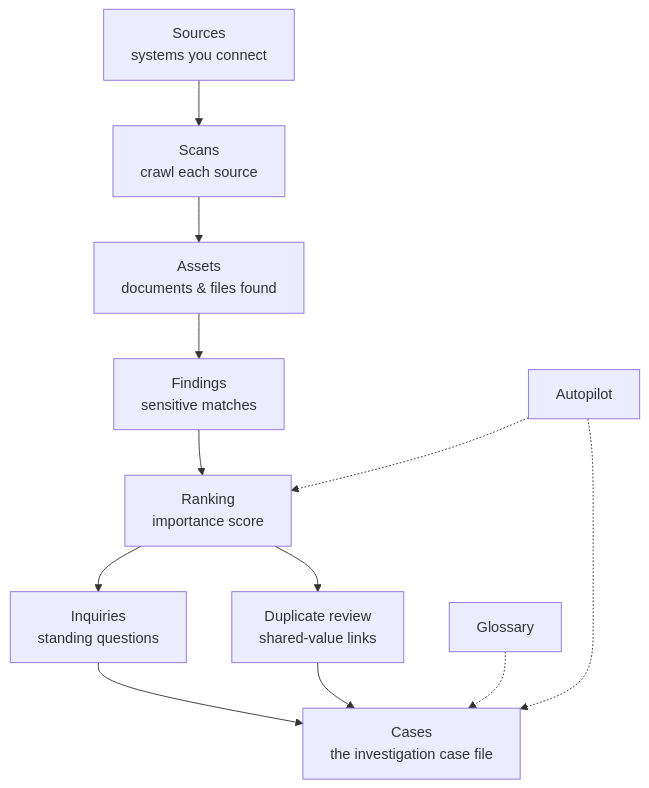
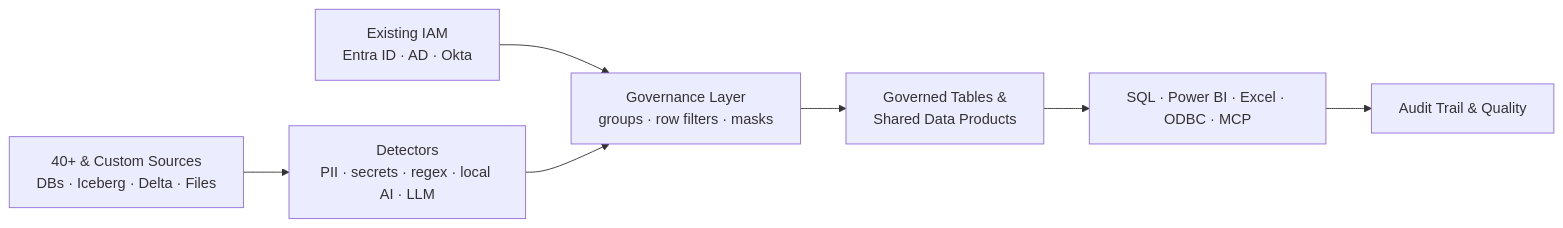
Before and after one commit to classifyre/classifyre: the diagram in apps/docs/app/how-it-works/page.mdx, drawn with Mermaid. The commit also changed other lines of this file and 42 other files, not shown here.

Commit message:
feat(blog): overhaul marketing site, About, Support, README, and docs for open-source data governance

````diff
--- a/apps/docs/app/how-it-works/page.mdx
+++ b/apps/docs/app/how-it-works/page.mdx
@@ -25,14 +21,9 @@
 ```mermaid
-graph TD
-    Sources["Sources<br/>systems you connect"] --> Scans["Scans<br/>crawl each source"]
-    Scans --> Assets["Assets<br/>documents & files found"]
-    Assets --> Findings["Findings<br/>sensitive matches"]
-    Findings --> Ranking["Ranking<br/>importance score"]
-    Ranking --> Inquiries["Inquiries<br/>standing questions"]
-    Ranking --> Duplicates["Duplicate review<br/>shared-value links"]
-    Inquiries --> Cases["Cases<br/>the investigation case file"]
-    Duplicates --> Cases
-    Glossary["Glossary"] -.-> Cases
-    Autopilot["Autopilot"] -.-> Ranking
-    Autopilot -.-> Cases
+flowchart LR
+    IAM["Existing IAM<br/>Entra ID · AD · Okta"] --> Policy["Governance Layer<br/>groups · row filters · masks"]
+    Sources["40+ & Custom Sources<br/>DBs · Iceberg · Delta · Files"] --> Detect["Detectors<br/>PII · secrets · regex · local AI · LLM"]
+    Detect --> Policy
+    Policy --> Assets["Governed Tables &<br/>Shared Data Products"]
+    Assets --> Tools["SQL · Power BI · Excel · ODBC · MCP"]
+    Tools --> Audit["Audit Trail & Quality"]
 ```
````
